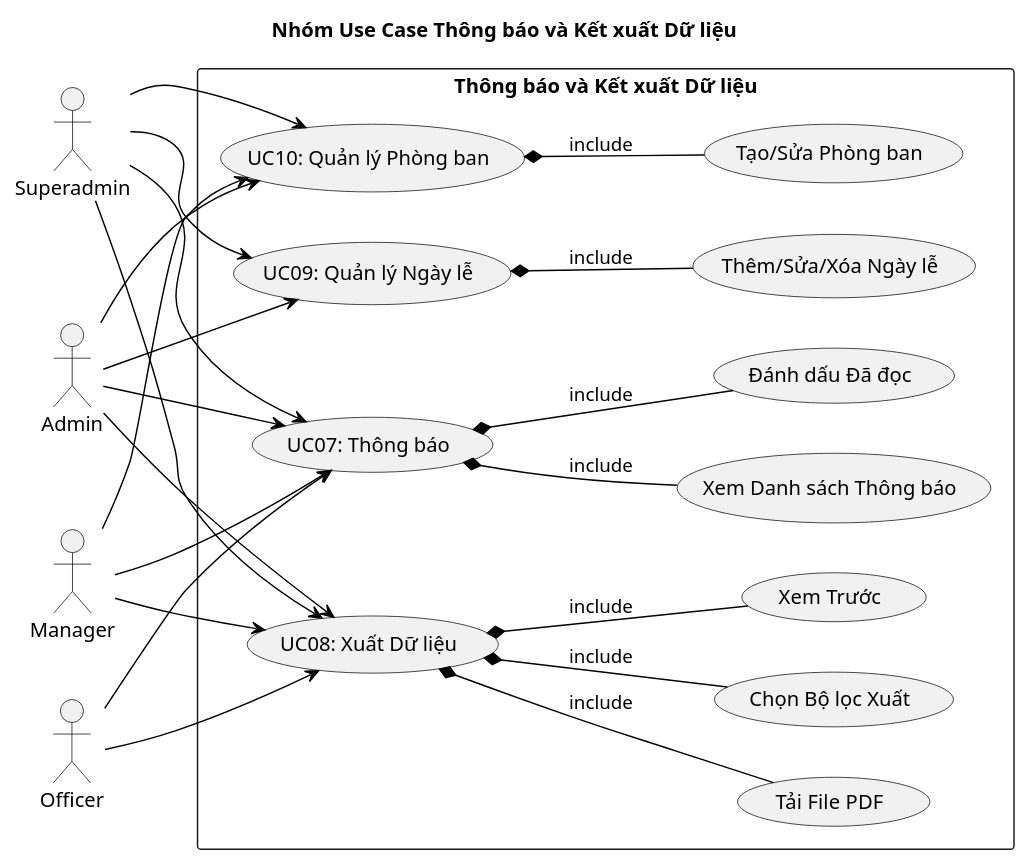
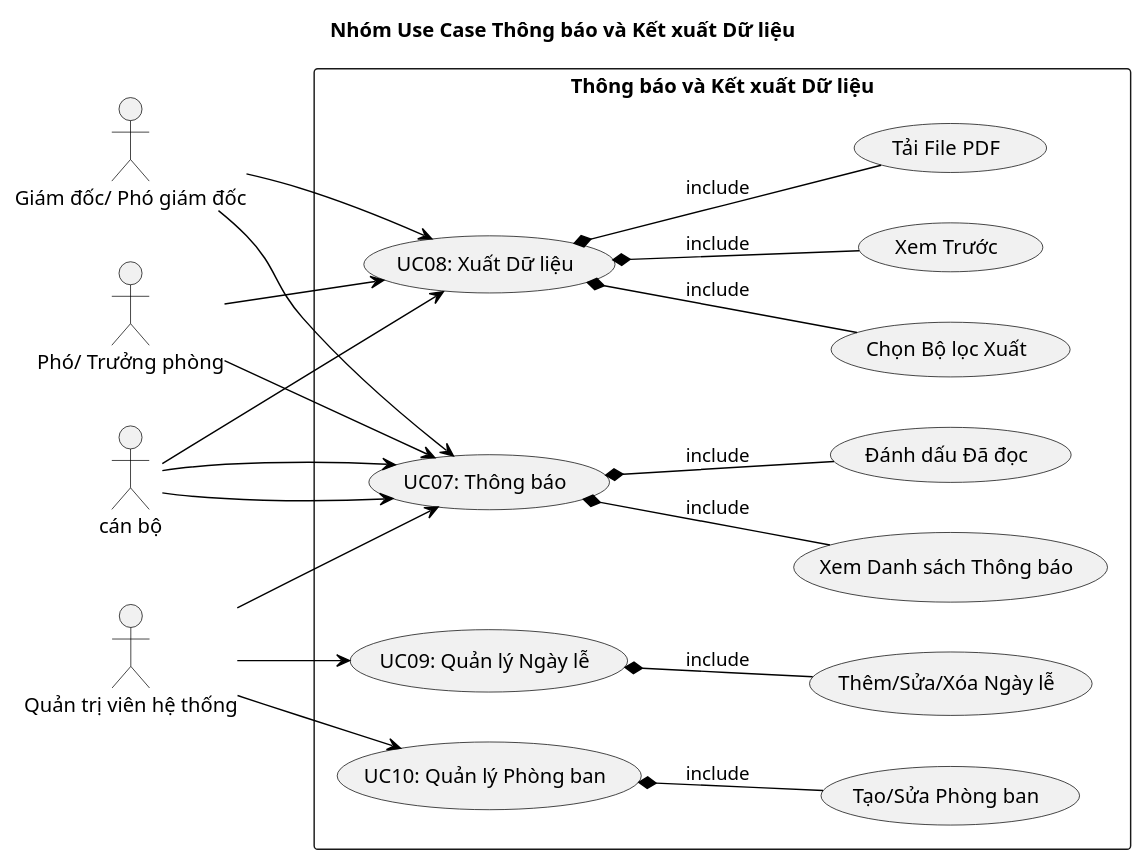
The eighth of 8 diagrams in report/usecase.puml (BQBao-Hedspi4K67/webxeplich), drawn with PlantUML before and after one commit. The commit also changed other lines of this file and 10 other files, not shown here.

```diff
--- a/report/usecase.puml
+++ b/report/usecase.puml
@@ -297,62 +319,66 @@
 @startuml usecase_notificationsexports
 title Nhóm Use Case Thông báo và Kết xuất Dữ liệu
 
 skinparam backgroundColor white
 skinparam usecaseBorderColor black
 skinparam actorBorderColor black
 skinparam ArrowColor black
 skinparam defaultTextAlignment center
 skinparam fontSize 11
 
 left to right direction
 
-actor "Superadmin" as superadmin
-actor "Admin" as admin
-actor "Manager" as manager
-actor "Officer" as officer
+
+actor "Giám đốc/ Phó giám đốc" as admin
+actor "Phó/ Trưởng phòng" as manager
+actor "cán bộ" as officer
+actor "Quản trị viên hệ thống" as superadmin
 
 rectangle "Thông báo và Kết xuất Dữ liệu" {
     usecase "UC07: Thông báo" as UC07
     usecase "UC08: Xuất Dữ liệu" as UC08
     usecase "UC09: Quản lý Ngày lễ" as UC09
     usecase "UC10: Quản lý Phòng ban" as UC10
     
     usecase "Xem Danh sách Thông báo" as UC07_view
     usecase "Đánh dấu Đã đọc" as UC07_mark
     
     usecase "Chọn Bộ lọc Xuất" as UC08_filter
     usecase "Xem Trước" as UC08_preview
     usecase "Tải File PDF" as UC08_download
     
     usecase "Thêm/Sửa/Xóa Ngày lễ" as UC09_crud
     usecase "Tạo/Sửa Phòng ban" as UC10_crud
 }
 
+officer --> UC07
+
 superadmin --> UC07
-superadmin --> UC08
+
 superadmin --> UC09
 superadmin --> UC10
 
 admin --> UC07
 admin --> UC08
-admin --> UC09
-admin --> UC10
+
 
 manager --> UC07
 manager --> UC08
-manager --> UC10
+
 
 officer --> UC07
 officer --> UC08
+
+
 
 UC07 *-- UC07_view : include
 UC07 *-- UC07_mark : include
 
 UC08 *-- UC08_filter : include
 UC08 *-- UC08_preview : include
 UC08 *-- UC08_download : include
 
 UC09 *-- UC09_crud : include
 
 UC10 *-- UC10_crud : include
 @enduml
```
